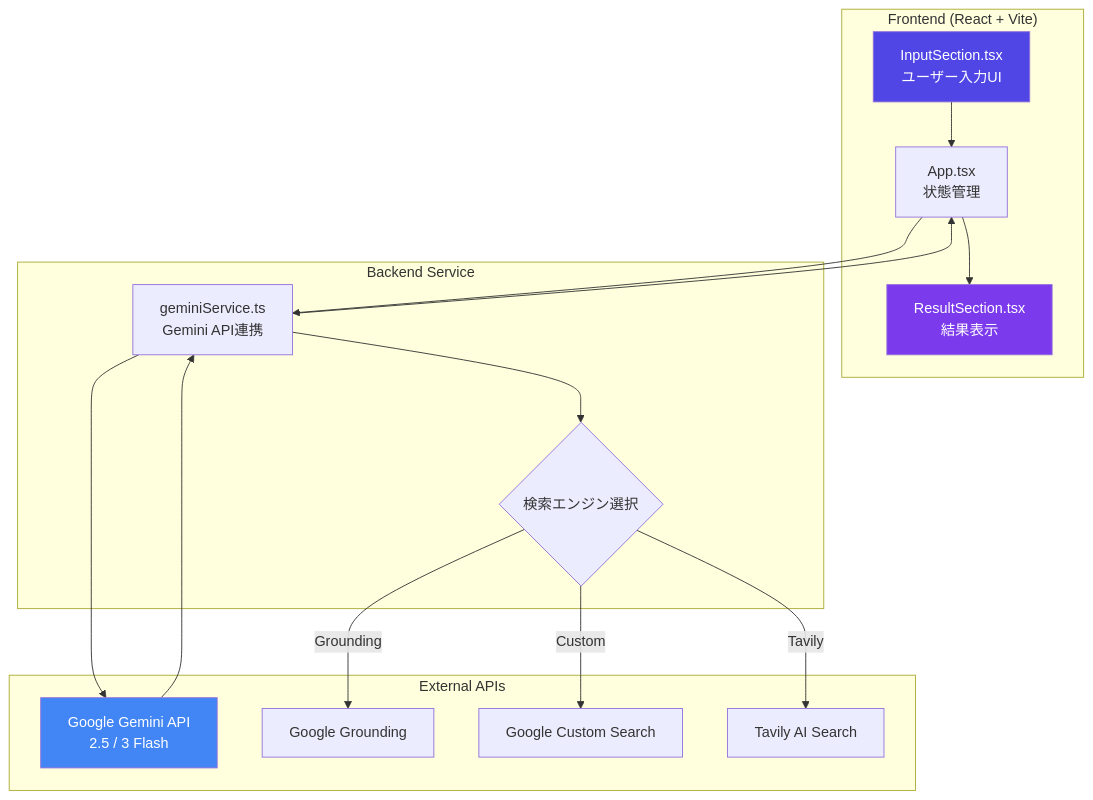
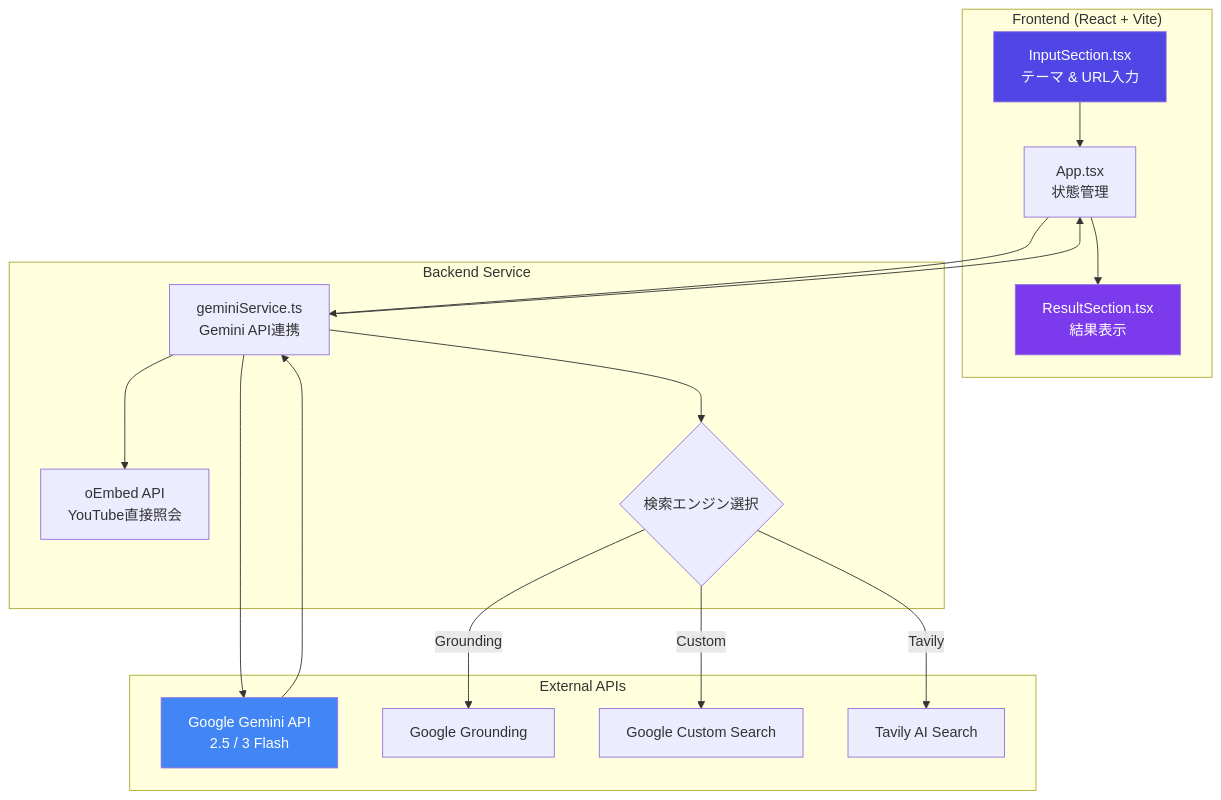
Before and after one commit to igashira0324/suno-support: the first of 3 diagrams in README.md, drawn with Mermaid. The commit also changed other lines of this file and 7 other files, not shown here.

````diff
--- a/README.md
+++ b/README.md
@@ -38,35 +38,37 @@
 ```mermaid
 graph TB
     subgraph "Frontend (React + Vite)"
-        UI[InputSection.tsx<br/>ユーザー入力UI]
+        UI[InputSection.tsx<br/>テーマ & URL入力]
         Result[ResultSection.tsx<br/>結果表示]
         App[App.tsx<br/>状態管理]
     end
     
     subgraph "Backend Service"
         GS[geminiService.ts<br/>Gemini API連携]
+        oEmbed[oEmbed API<br/>YouTube直接照会]
         Search{検索エンジン選択}
     end
     
     subgraph "External APIs"
         Gemini[Google Gemini API<br/>2.5 / 3 Flash]
         GG[Google Grounding]
         GCS[Google Custom Search]
         Tavily[Tavily AI Search]
     end
     
     UI --> App
     App --> GS
+    GS --> oEmbed
     GS --> Search
     Search -->|Grounding| GG
     Search -->|Custom| GCS
     Search -->|Tavily| Tavily
     GS --> Gemini
     Gemini --> GS
     GS --> App
     App --> Result
     
     style UI fill:#4F46E5,color:#fff
     style Result fill:#7C3AED,color:#fff
     style Gemini fill:#4285F4,color:#fff
 ```
````
